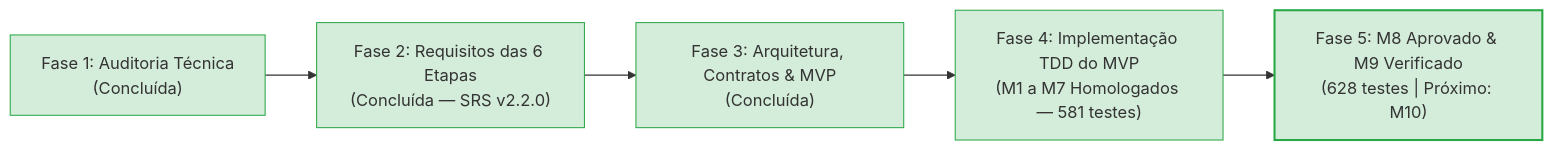
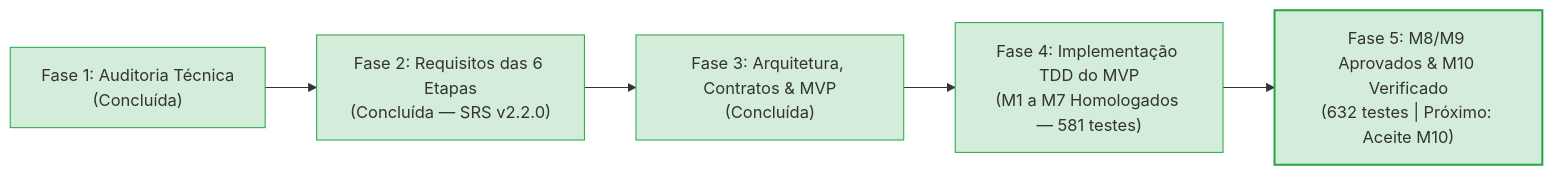
One commit to aleerangel/experimental-ml-framework changed the diagram in docs/engenharia_software/ETAPA_ATUAL_ENGENHARIA.md. Above: the diagram before and after it, drawn with Mermaid. The commit also changed other lines of this file and 6 other files, not shown here.

````diff
--- a/docs/engenharia_software/ETAPA_ATUAL_ENGENHARIA.md
+++ b/docs/engenharia_software/ETAPA_ATUAL_ENGENHARIA.md
@@ -23,13 +23,13 @@
 ```mermaid
 flowchart LR
     Fase1["Fase 1: Auditoria Técnica<br/>(Concluída)"] --> Fase2["Fase 2: Requisitos das 6 Etapas<br/>(Concluída — SRS v2.2.0)"]
     Fase2 --> Fase3["Fase 3: Arquitetura, Contratos & MVP<br/>(Concluída)"]
     Fase3 --> Fase4["Fase 4: Implementação TDD do MVP<br/>(M1 a M7 Homologados — 581 testes)"]
-    Fase4 --> Fase5["Fase 5: M8 Aprovado & M9 Verificado<br/>(628 testes | Próximo: M10)"]
+    Fase4 --> Fase5["Fase 5: M8/M9 Aprovados & M10 Verificado<br/>(632 testes | Próximo: Aceite M10)"]
     
     style Fase1 fill:#d4edda,stroke:#28a745
     style Fase2 fill:#d4edda,stroke:#28a745
     style Fase3 fill:#d4edda,stroke:#28a745
     style Fase4 fill:#d4edda,stroke:#28a745
     style Fase5 fill:#d4edda,stroke:#28a745,stroke-width:2px
 ```
````
